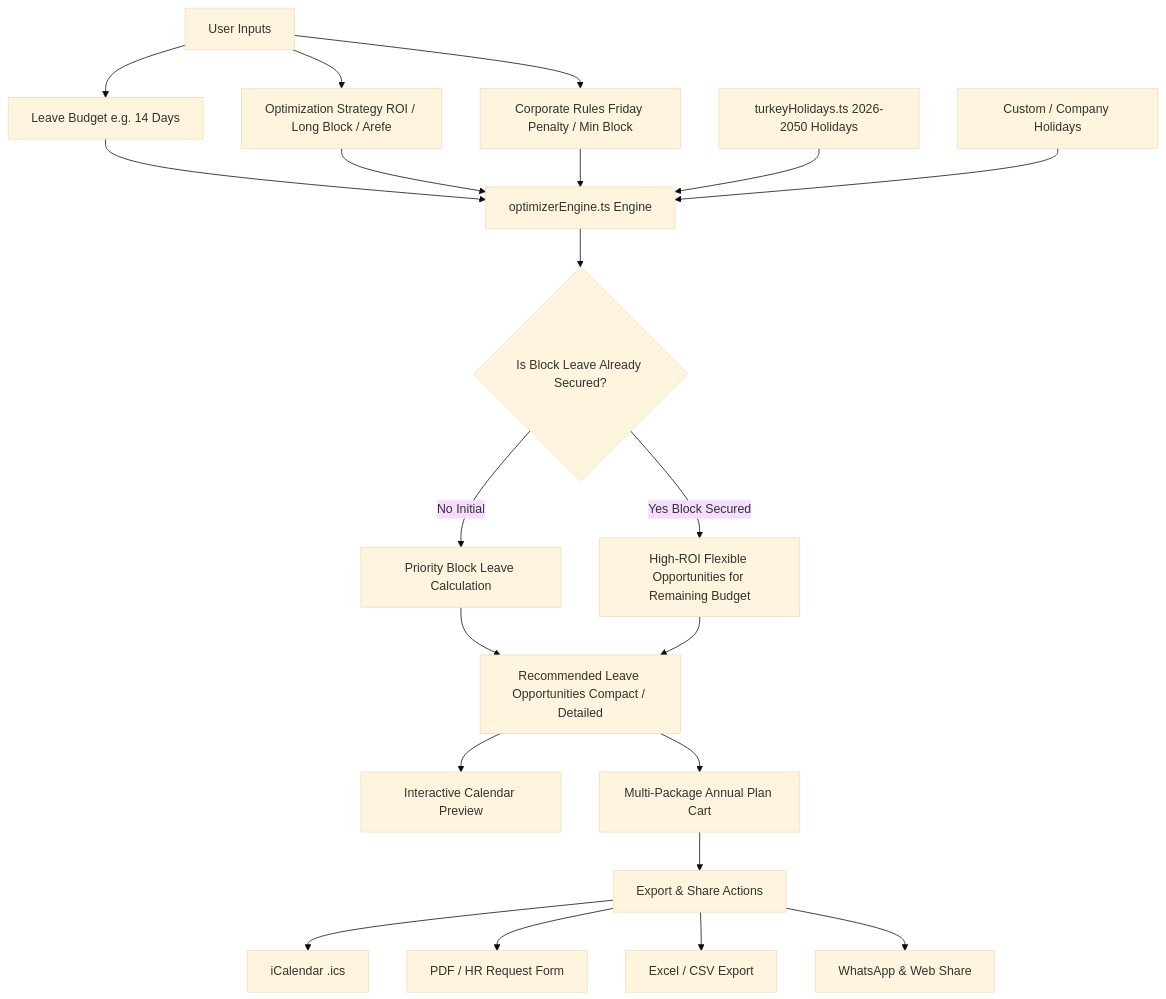
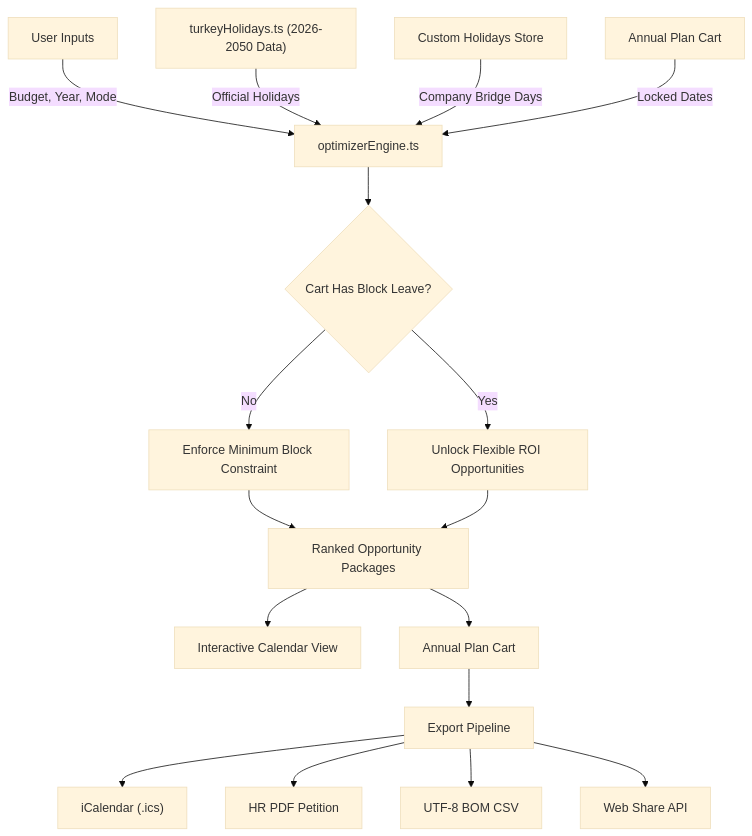
Before and after one commit to AtaCanYmc/hesapli-izin: the diagram in README.md, drawn with Mermaid (base theme). The commit also changed other lines of this file and 20 other files, not shown here.

````diff
--- a/README.md
+++ b/README.md
@@ -29,25 +51,21 @@
 ```mermaid
-graph TD
-    A[User Inputs] --> A1[Leave Budget e.g. 14 Days]
-    A --> A2[Optimization Strategy ROI / Long Block / Arefe]
-    A --> A3[Corporate Rules Friday Penalty / Min Block]
+flowchart TD
+    A["User Inputs"] -->|"Budget, Year, Mode"| B["optimizerEngine.ts"]
+    C["turkeyHolidays.ts (2026-2050 Data)"] -->|"Official Holidays"| B
+    D["Custom Holidays Store"] -->|"Company Bridge Days"| B
+    E["Annual Plan Cart"] -->|"Locked Dates"| B
 
-    A1 & A2 & A3 --> B[optimizerEngine.ts Engine]
-    
-    C[turkeyHolidays.ts 2026-2050 Holidays] --> B
-    D[Custom / Company Holidays] --> B
+    B --> F{"Cart Has Block Leave?"}
+    F -->|"No"| G["Enforce Minimum Block Constraint"]
+    F -->|"Yes"| H["Unlock Flexible ROI Opportunities"]
 
-    B --> E{Is Block Leave Already Secured?}
-    E -- No Initial --> F[Priority Block Leave Calculation]
-    E -- Yes Block Secured --> G[High-ROI Flexible Opportunities for Remaining Budget]
+    G & H --> I["Ranked Opportunity Packages"]
+    I --> J["Interactive Calendar View"]
+    I --> K["Annual Plan Cart"]
 
-    F & G --> H[Recommended Leave Opportunities Compact / Detailed]
-    H --> I[Interactive Calendar Preview]
-    H --> J[Multi-Package Annual Plan Cart]
-
-    J --> K[Export & Share Actions]
-    K --> K1[iCalendar .ics]
-    K --> K2[PDF / HR Request Form]
-    K --> K3[Excel / CSV Export]
-    K --> K4[WhatsApp & Web Share]
+    K --> L["Export Pipeline"]
+    L --> M["iCalendar (.ics)"]
+    L --> N["HR PDF Petition"]
+    L --> O["UTF-8 BOM CSV"]
+    L --> P["Web Share API"]
 ```
````
